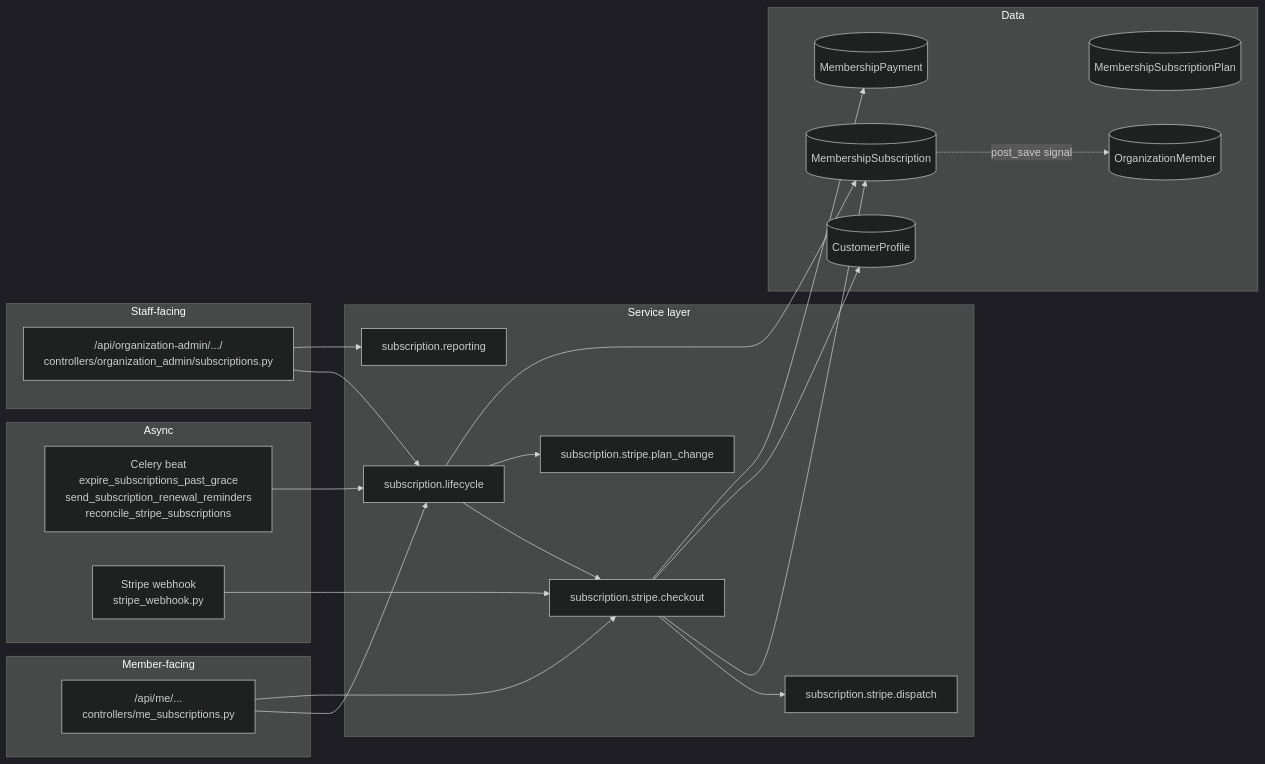
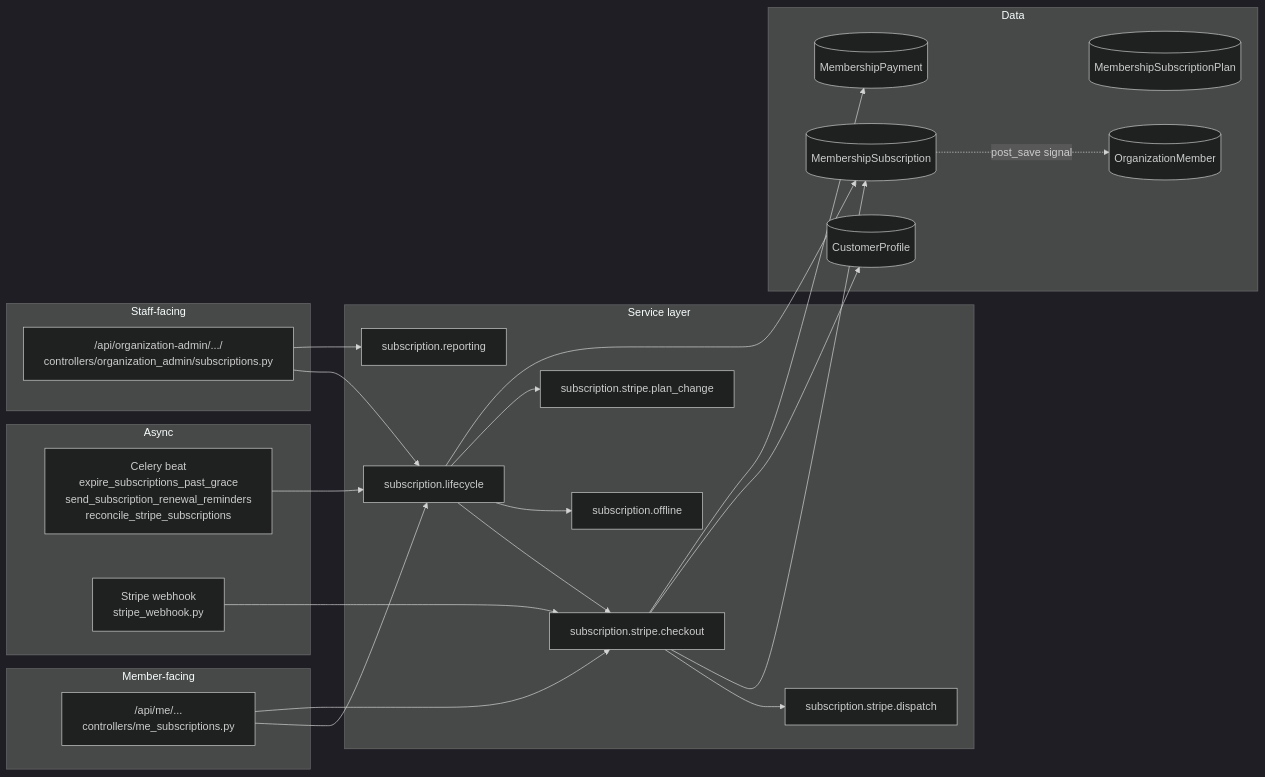
One commit to letsrevel/revel-backend changed the first of 2 diagrams in docs/architecture/membership-subscriptions.md. Above: the diagram before and after it, drawn with Mermaid (dark theme). The commit also changed other lines of this file and 58 other files, not shown here.

````diff
--- a/docs/architecture/membership-subscriptions.md
+++ b/docs/architecture/membership-subscriptions.md
@@ -25,46 +28,48 @@
 ```mermaid
 flowchart LR
     subgraph Members["Member-facing"]
         MeAPI["/api/me/...<br>controllers/me_subscriptions.py"]
     end
 
     subgraph Staff["Staff-facing"]
         AdminAPI["/api/organization-admin/.../<br>controllers/organization_admin/subscriptions.py"]
     end
 
     subgraph Services["Service layer"]
         Sub[subscription.lifecycle]
+        Offline[subscription.offline]
         Stripe[subscription.stripe.checkout]
         PlanChange[subscription.stripe.plan_change]
         Dispatch[subscription.stripe.dispatch]
         Report[subscription.reporting]
     end
 
     subgraph Async["Async"]
         Beat["Celery beat<br>expire_subscriptions_past_grace<br>send_subscription_renewal_reminders<br>reconcile_stripe_subscriptions"]
         Webhook["Stripe webhook<br>stripe_webhook.py"]
     end
 
     subgraph Data["Data"]
         Plan[(MembershipSubscriptionPlan)]
         SubModel[(MembershipSubscription)]
         Pay[(MembershipPayment)]
         Cust[(CustomerProfile)]
         Member[(OrganizationMember)]
     end
 
     MeAPI --> Sub
     MeAPI --> Stripe
     AdminAPI --> Sub
     AdminAPI --> Report
     Sub --> Stripe
+    Sub --> Offline
     Sub --> PlanChange
     Stripe --> Dispatch
     Sub --> SubModel
     Stripe --> SubModel
     Stripe --> Cust
     Stripe --> Pay
     Beat --> Sub
     Webhook --> Stripe
     SubModel -.post_save signal.-> Member
 ```
````
